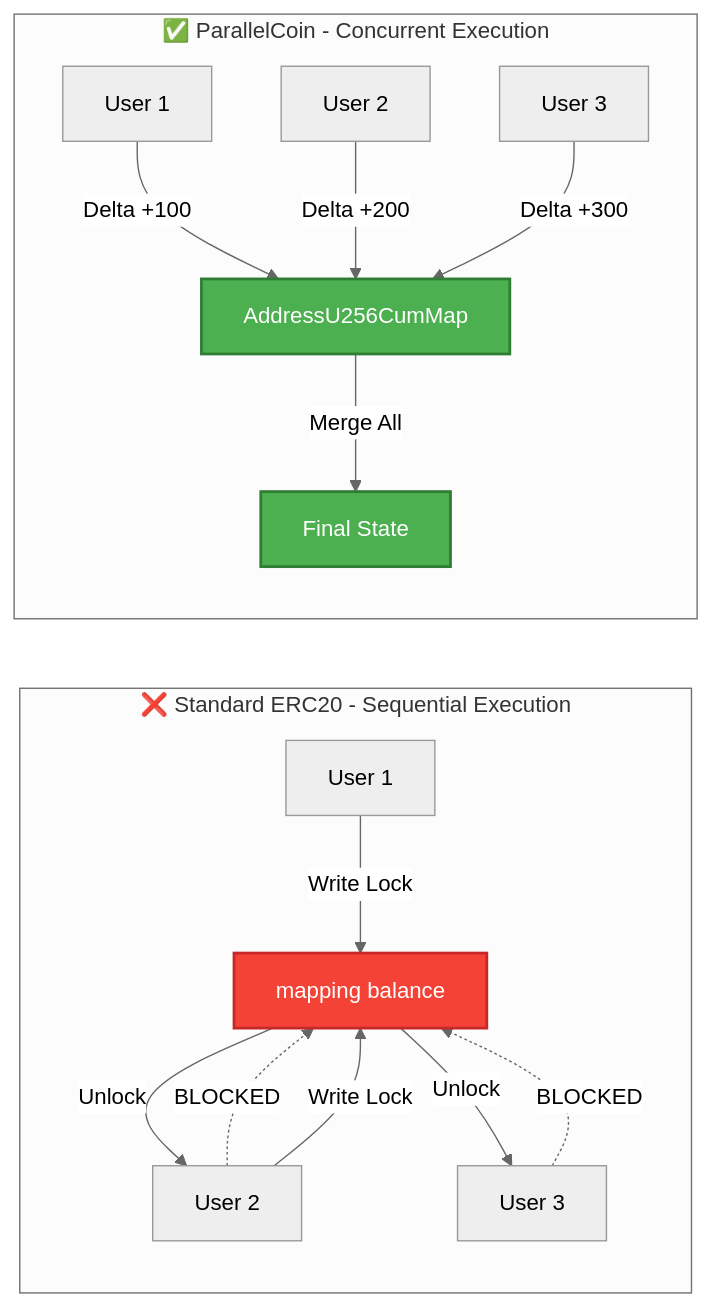
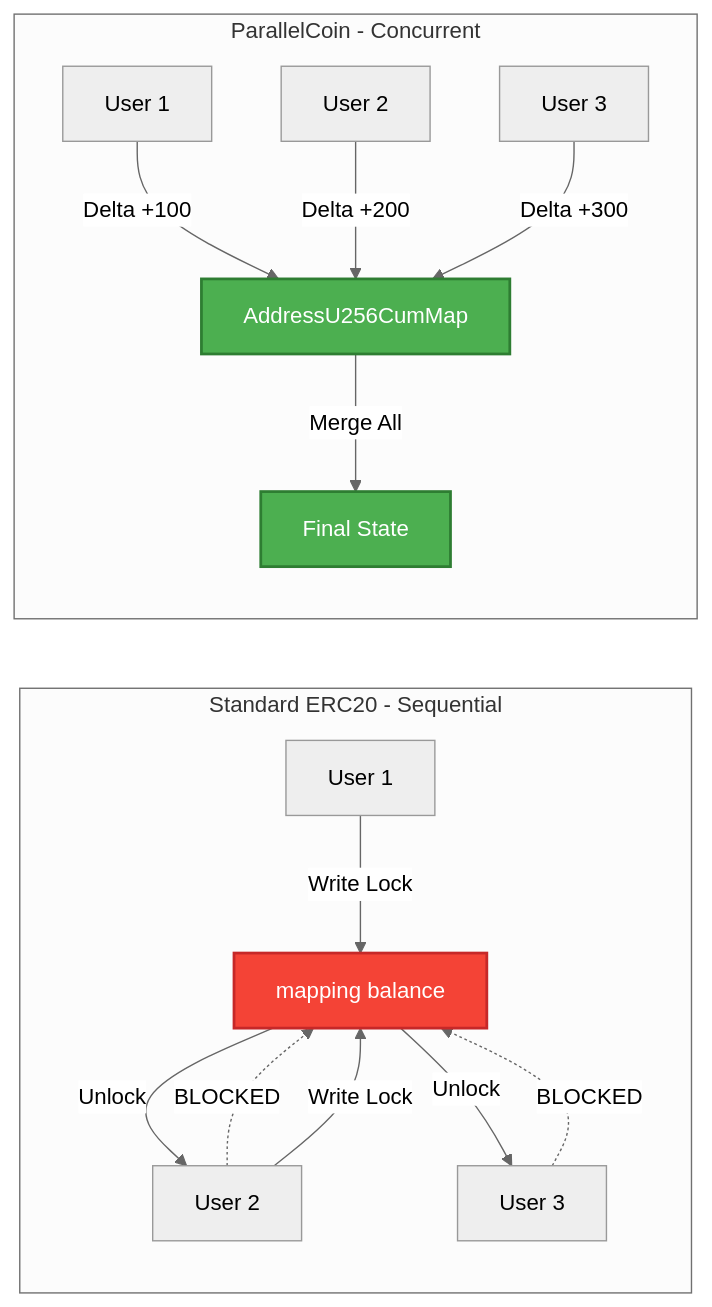
The third of 8 diagrams in README.md (FrankiePower/parallel-insurance-protocol), drawn with Mermaid (neutral theme) before and after one commit. The commit also changed other lines of this file, not shown here.

````diff
--- a/README.md
+++ b/README.md
@@ -88,22 +79,22 @@
 ```mermaid
-graph LR
-    subgraph "❌ Standard ERC20 - Sequential Execution"
+flowchart LR
+    subgraph Standard["Standard ERC20 - Sequential"]
         A1[User 1] -->|Write Lock| M1[mapping balance]
         A2[User 2] -.->|BLOCKED| M1
         A3[User 3] -.->|BLOCKED| M1
         M1 -->|Unlock| A2
         A2 -->|Write Lock| M1
         M1 -->|Unlock| A3
     end
 
-    subgraph "✅ ParallelCoin - Concurrent Execution"
+    subgraph Parallel["ParallelCoin - Concurrent"]
         B1[User 1] -->|Delta +100| CM[AddressU256CumMap]
         B2[User 2] -->|Delta +200| CM
         B3[User 3] -->|Delta +300| CM
         CM -->|Merge All| R[Final State]
     end
 
     style M1 fill:#f44336,stroke:#c62828,stroke-width:2px,color:#fff
     style CM fill:#4CAF50,stroke:#2E7D32,stroke-width:2px,color:#fff
     style R fill:#4CAF50,stroke:#2E7D32,stroke-width:2px,color:#fff
 ```
````
